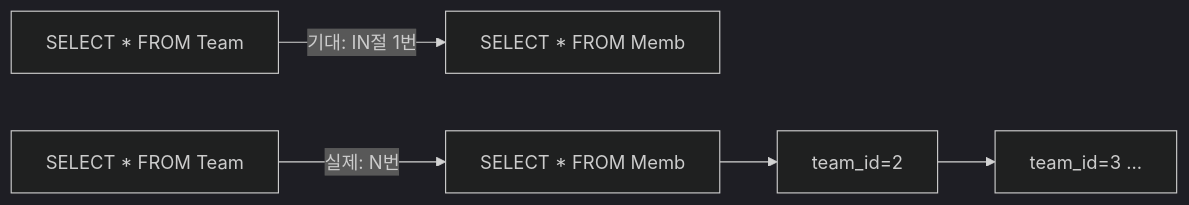
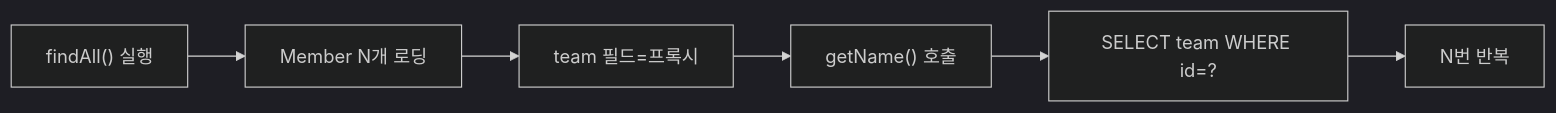
The first of 4 diagrams in _posts/jpa/2026-05-01-jpa-n-plus-1.md (yjkim2015/yjkim2015.github.io), drawn with Mermaid (dark theme) before and after one commit. The commit also changed other lines of this file and 4 other files, not shown here.

````diff
--- a/_posts/jpa/2026-05-01-jpa-n-plus-1.md
+++ b/_posts/jpa/2026-05-01-jpa-n-plus-1.md
@@ -21,6 +153,8 @@
 ```mermaid
 graph LR
-    Q1["SELECT * FROM Team"] -->|"기대: IN절 1번"| Q2["SELECT * FROM Memb"]
-    R1["SELECT * FROM Team"] -->|"실제: N번"| R2["SELECT * FROM Memb"]
-    R2 --> R3["team_id=2"] --> R4["team_id=3 ..."]
+    A["findAll() 실행"] --> B["Member N개 로딩"]
+    B --> C["team 필드=프록시"]
+    C --> D["getName() 호출"]
+    D --> E["SELECT team WHERE id=?"]
+    E --> F["N번 반복"]
 ```
````
